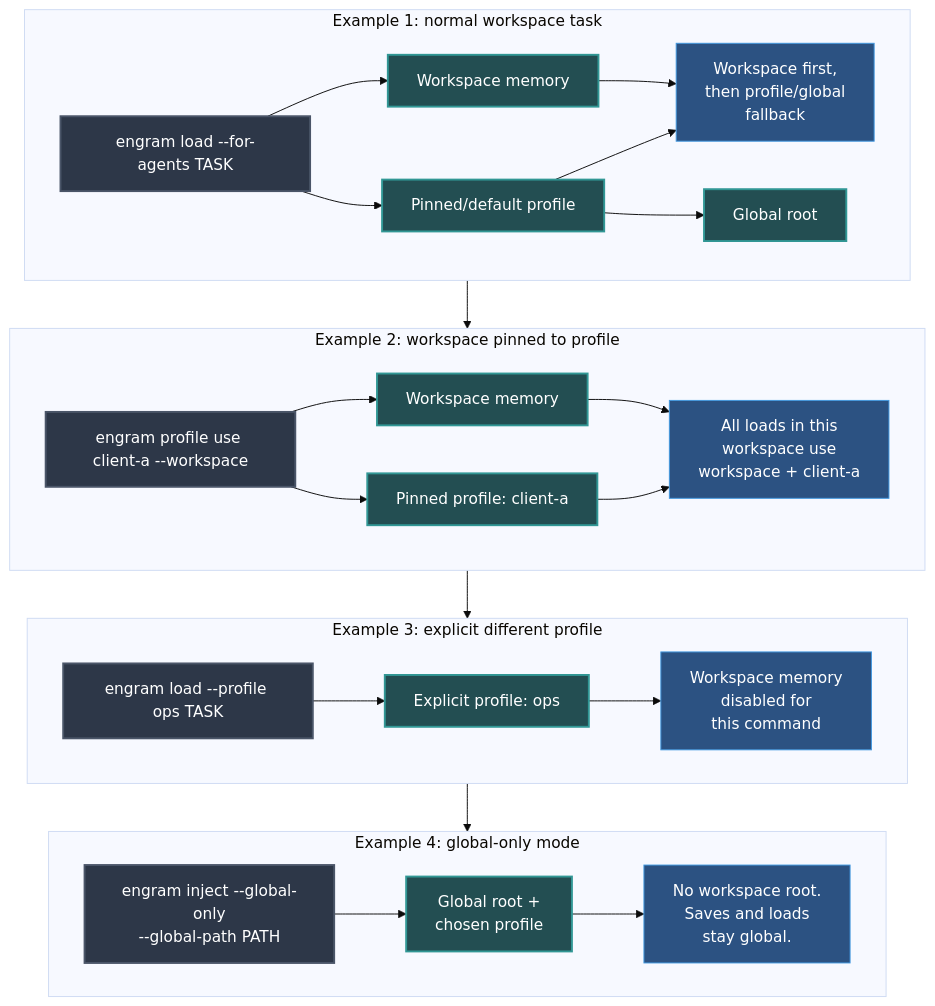
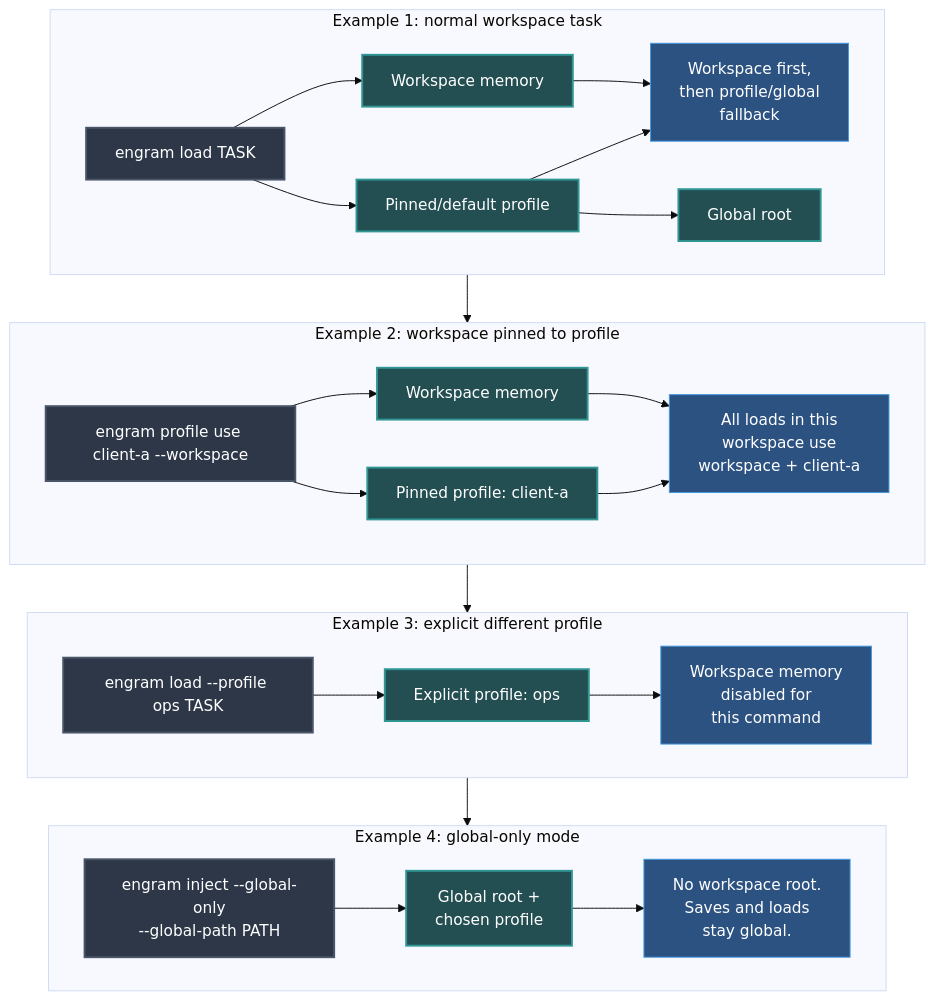
The third of 3 diagrams in README.md (the-long-ride/engram), drawn with Mermaid (base theme) before and after one commit. The commit also changed other lines of this file and 262 other files, not shown here.

Commit message:
feat: simplify engram load and save flows

````diff
--- a/README.md
+++ b/README.md
@@ -154,44 +154,44 @@
 ```mermaid
 flowchart TD
     classDef scope fill:#234e52,stroke:#319795,stroke-width:2px,color:#fff;
     classDef cmd fill:#2d3748,stroke:#4a5568,stroke-width:2px,color:#fff;
     classDef result fill:#2c5282,stroke:#4299e1,stroke-width:1px,color:#fff;
 
     subgraph Example1 ["Example 1: normal workspace task"]
-        Cmd1["engram load --for-agents TASK"]:::cmd
+        Cmd1["engram load TASK"]:::cmd
         Ws1["Workspace memory"]:::scope
         Prof1["Pinned/default profile"]:::scope
         G1["Global root"]:::scope
         Out1["Workspace first,\nthen profile/global\nfallback"]:::result
         Cmd1 --> Ws1 --> Out1
         Cmd1 --> Prof1 --> Out1
         Prof1 --> G1
     end
 
     subgraph Example2 ["Example 2: workspace pinned to profile"]
         Cmd2["engram profile use client-a --workspace"]:::cmd
         Ws2["Workspace memory"]:::scope
         Prof2["Pinned profile: client-a"]:::scope
         Out2["All loads in this\nworkspace use\nworkspace + client-a"]:::result
         Cmd2 --> Ws2 --> Out2
         Cmd2 --> Prof2 --> Out2
     end
 
     subgraph Example3 ["Example 3: explicit different profile"]
         Cmd3["engram load --profile ops TASK"]:::cmd
         Prof3["Explicit profile: ops"]:::scope
         Off3["Workspace memory\ndisabled for\nthis command"]:::result
         Cmd3 --> Prof3 --> Off3
     end
 
     subgraph Example4 ["Example 4: global-only mode"]
         Cmd4["engram inject --global-only\n--global-path PATH"]:::cmd
         G4["Global root +\nchosen profile"]:::scope
         Out4["No workspace root.\nSaves and loads\nstay global."]:::result
         Cmd4 --> G4 --> Out4
     end
 
     Example1 --> Example2
     Example2 --> Example3
     Example3 --> Example4
 ```
````
